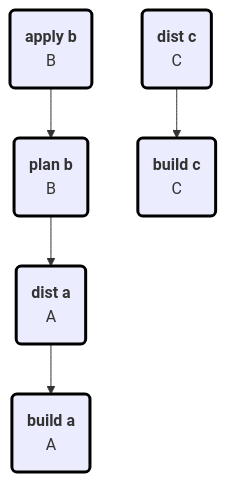
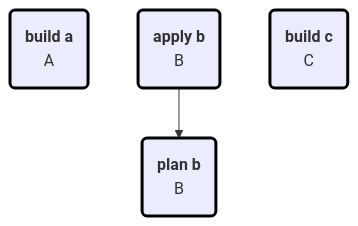
Before and after one commit to MagnusOpera/terrabuild: the diagram in tests/indirect-target/results/terrabuild-debug.info.md, drawn with Mermaid. The commit also changed 6 other files, not shown here.

````diff
--- a/tests/indirect-target/results/terrabuild-debug.info.md
+++ b/tests/indirect-target/results/terrabuild-debug.info.md
@@ -14,28 +14,19 @@
 ```mermaid
 flowchart TD
 classDef build stroke:red,stroke-width:3px
 classDef restore stroke:orange,stroke-width:3px
 classDef ignore stroke:black,stroke-width:3px
 a:build("<b>build a</b> 
 A")
-a:dist("<b>dist a</b> 
-A")
 b:apply("<b>apply b</b> 
 B")
 b:plan("<b>plan b</b> 
 B")
 c:build("<b>build c</b> 
 C")
-c:dist("<b>dist c</b> 
-C")
 class a:build ignore
-a:dist --> a:build
-class a:dist ignore
 b:apply --> b:plan
 class b:apply ignore
-b:plan --> a:dist
 class b:plan ignore
 class c:build ignore
-c:dist --> c:build
-class c:dist ignore
 ```
````
